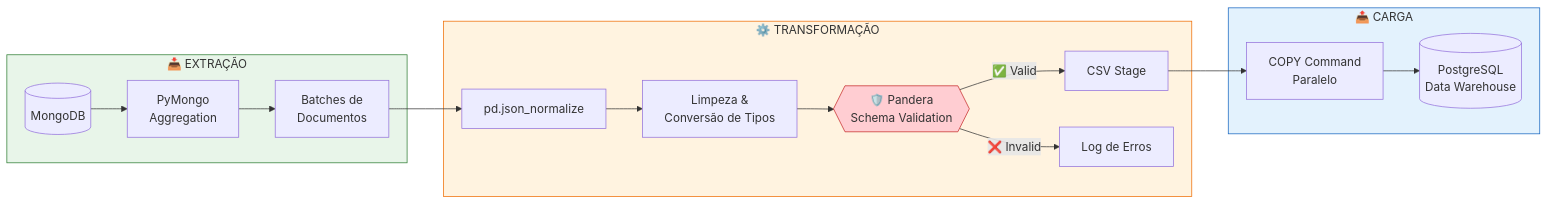
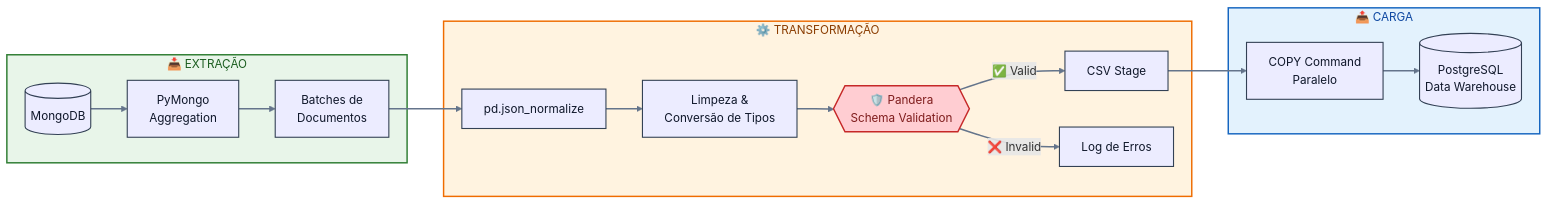
The diagram in docs/pipelines_mongodb.md (lucasilvape/BIBLIOTECA), drawn with Mermaid before and after one commit. The commit also changed other lines of this file and 96 other files, not shown here.

````diff
--- a/docs/pipelines_mongodb.md
+++ b/docs/pipelines_mongodb.md
@@ -41,25 +40,28 @@
 ```mermaid
 flowchart LR
     subgraph EXTRACT["📥 EXTRAÇÃO"]
         A[(MongoDB)] --> B[PyMongo\nAggregation]
         B --> C[Batches de\nDocumentos]
     end
 
     subgraph TRANSFORM["⚙️ TRANSFORMAÇÃO"]
         C --> D[pd.json_normalize]
         D --> E[Limpeza &\nConversão de Tipos]
         E --> F{{"🛡️ Pandera\nSchema Validation"}}
         F -->|✅ Valid| G[CSV Stage]
         F -->|❌ Invalid| H[Log de Erros]
     end
 
     subgraph LOAD["📤 CARGA"]
         G --> I[COPY Command\nParalelo]
         I --> J[(PostgreSQL\nData Warehouse)]
     end
 
-    style EXTRACT fill:#e8f5e9,stroke:#2e7d32
-    style TRANSFORM fill:#fff3e0,stroke:#ef6c00
-    style LOAD fill:#e3f2fd,stroke:#1565c0
-    style F fill:#ffcdd2,stroke:#c62828
+    style EXTRACT fill:#e8f5e9,stroke:#2e7d32,color:#1b5e20,stroke-width:2px
+    style TRANSFORM fill:#fff3e0,stroke:#ef6c00,color:#8a3c00,stroke-width:2px
+    style LOAD fill:#e3f2fd,stroke:#1565c0,color:#0d47a1,stroke-width:2px
+    style F fill:#ffcdd2,stroke:#c62828,color:#7f1d1d,stroke-width:2px
+
+    classDef default color:#0f172a,stroke:#334155,stroke-width:1.5px;
+    linkStyle default stroke:#64748b,stroke-width:2px;
 ```
````
